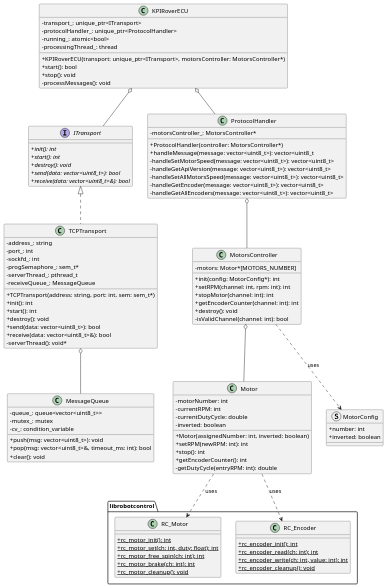
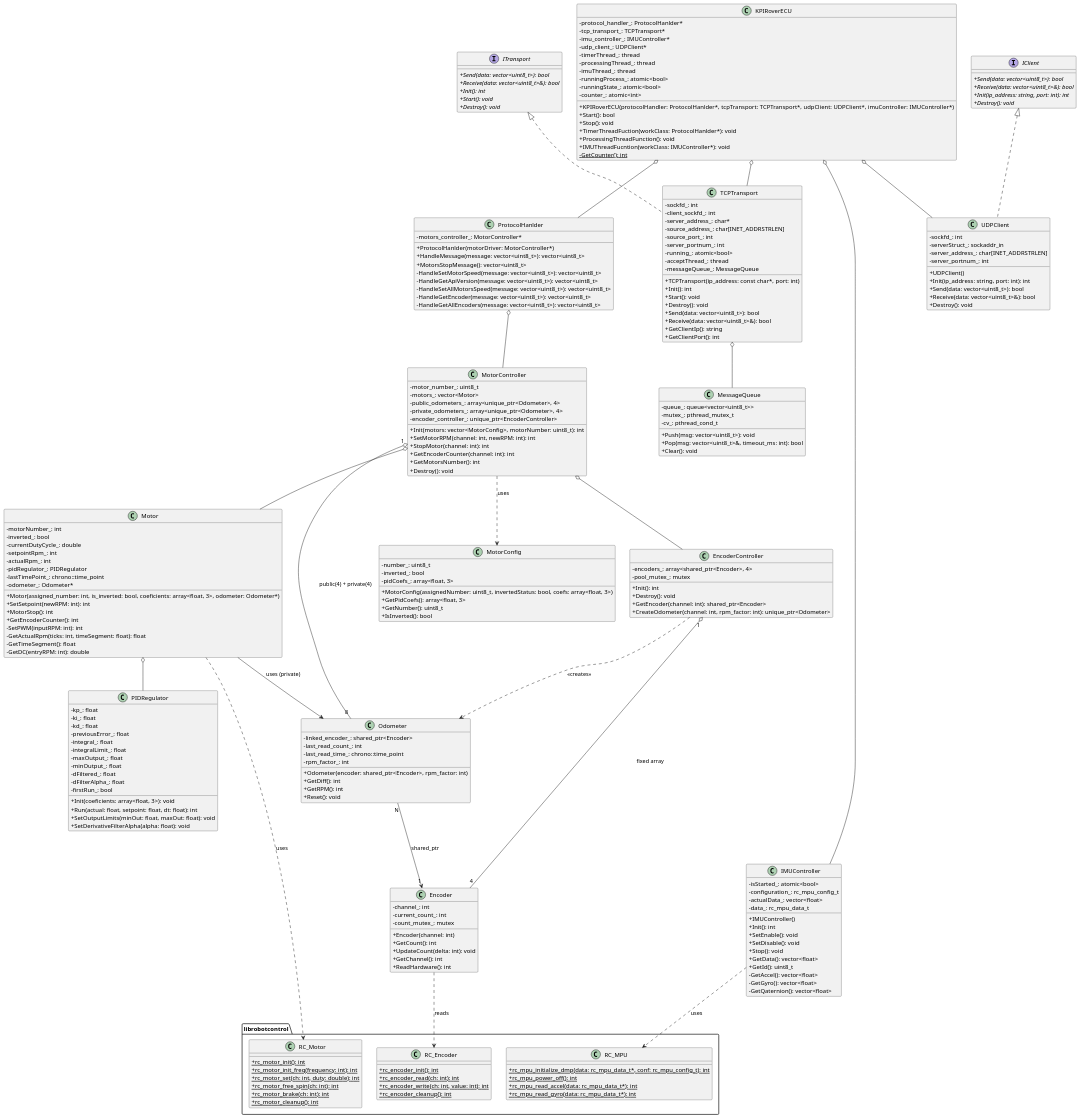
One commit to KPI-Rover/ecu_sw_bb changed the diagram in docs/classDiagram.puml. Above: the diagram before and after it, drawn with PlantUML. The commit also changed 27 other files, not shown here.

Commit message:
Issue #35: Refactor Motors Control and Encoders reading

```diff
--- a/docs/classDiagram.puml
+++ b/docs/classDiagram.puml
@@ -3,112 +3,246 @@
 skinparam classAttributeIconSize 0
 
 interface ITransport {
-  + {abstract} init(): int
-  + {abstract} start(): int
-  + {abstract} destroy(): void
-  + {abstract} send(data: vector<uint8_t>): bool
-  + {abstract} receive(data: vector<uint8_t>&): bool
+  + {abstract} Send(data: vector<uint8_t>): bool
+  + {abstract} Receive(data: vector<uint8_t>&): bool
+  + {abstract} Init(): int
+  + {abstract} Start(): void
+  + {abstract} Destroy(): void
+}
+
+interface IClient {
+  + {abstract} Send(data: vector<uint8_t>): bool
+  + {abstract} Receive(data: vector<uint8_t>&): bool
+  + {abstract} Init(ip_address: string, port: int): int
+  + {abstract} Destroy(): void
 }
 
 class TCPTransport {
-  - address_: string
-  - port_: int
   - sockfd_: int
-  - progSemaphore_: sem_t*
-  - serverThread_: pthread_t
-  - receiveQueue_: MessageQueue
-  + TCPTransport(address: string, port: int, sem: sem_t*)
-  + init(): int
-  + start(): int
-  + destroy(): void
-  + send(data: vector<uint8_t>): bool
-  + receive(data: vector<uint8_t>&): bool
-  - serverThread(): void*
+  - client_sockfd_: int
+  - server_address_: char*
+  - source_address_: char[INET_ADDRSTRLEN]
+  - source_port_: int
+  - server_portnum_: int
+  - running_: atomic<bool>
+  - acceptThread_: thread
+  - messageQueue_: MessageQueue
+  + TCPTransport(ip_address: const char*, port: int)
+  + Init(): int
+  + Start(): void
+  + Destroy(): void
+  + Send(data: vector<uint8_t>): bool
+  + Receive(data: vector<uint8_t>&): bool
+  + GetClientIp(): string
+  + GetClientPort(): int
+}
+
+class UDPClient {
+  - sockfd_: int
+  - serverStruct_: sockaddr_in
+  - server_address_: char[INET_ADDRSTRLEN]
+  - server_portnum_: int
+  + UDPClient()
+  + Init(ip_address: string, port: int): int
+  + Send(data: vector<uint8_t>): bool
+  + Receive(data: vector<uint8_t>&): bool
+  + Destroy(): void
 }
 
 class MessageQueue {
   - queue_: queue<vector<uint8_t>>
-  - mutex_: mutex
-  - cv_: condition_variable
-  + push(msg: vector<uint8_t>): void
-  + pop(msg: vector<uint8_t>&, timeout_ms: int): bool
-  + clear(): void
+  - mutex_: pthread_mutex_t
+  - cv_: pthread_cond_t
+  + Push(msg: vector<uint8_t>): void
+  + Pop(msg: vector<uint8_t>&, timeout_ms: int): bool
+  + Clear(): void
 }
 
 class KPIRoverECU {
-  - transport_: unique_ptr<ITransport>
-  - protocolHandler_: unique_ptr<ProtocolHandler>
-  - running_: atomic<bool>
+  - protocol_handler_: ProtocolHanlder*
+  - tcp_transport_: TCPTransport*
+  - imu_controller_: IMUController*
+  - udp_client_: UDPClient*
+  - timerThread_: thread
   - processingThread_: thread
-  + KPIRoverECU(transport: unique_ptr<ITransport>, motorsController: MotorsController*)
-  + start(): bool
-  + stop(): void
-  - processMessages(): void
+  - imuThread_: thread
+  - runningProcess_: atomic<bool>
+  - runningState_: atomic<bool>
+  - counter_: atomic<int>
+  + KPIRoverECU(protocolHandler: ProtocolHanlder*, tcpTransport: TCPTransport*, udpClient: UDPClient*, imuController: IMUController*)
+  + Start(): bool
+  + Stop(): void
+  + TimerThreadFuction(workClass: ProtocolHanlder*): void
+  + ProcessingThreadFunction(): void
+  + IMUThreadFucntion(workClass: IMUController*): void
+  - GetCounter(): int {static}
 }
 
-class ProtocolHandler {
-  - motorsController_: MotorsController*
-  + ProtocolHandler(controller: MotorsController*)
-  + handleMessage(message: vector<uint8_t>): vector<uint8_t
-  - handleSetMotorSpeed(message: vector<uint8_t>): vector<uint8_t>
-  - handleGetApiVersion(message: vector<uint8_t>): vector<uint8_t>
-  - handleSetAllMotorsSpeed(message: vector<uint8_t>): vector<uint8_t>
-  - handleGetEncoder(message: vector<uint8_t>): vector<uint8_t>
-  - handleGetAllEncoders(message: vector<uint8_t>): vector<uint8_t>
+class ProtocolHanlder {
+  - motors_controller_: MotorController*
+  + ProtocolHanlder(motorDriver: MotorController*)
+  + HandleMessage(message: vector<uint8_t>): vector<uint8_t>
+  + MotorsStopMessage(): vector<uint8_t>
+  - HandleSetMotorSpeed(message: vector<uint8_t>): vector<uint8_t>
+  - HandleGetApiVersion(message: vector<uint8_t>): vector<uint8_t>
+  - HandleSetAllMotorsSpeed(message: vector<uint8_t>): vector<uint8_t>
+  - HandleGetEncoder(message: vector<uint8_t>): vector<uint8_t>
+  - HandleGetAllEncoders(message: vector<uint8_t>): vector<uint8_t>
 }
 
-class MotorsController {
-  - motors: Motor*[MOTORS_NUMBER]
-  + init(config: MotorConfig*): int
-  + setRPM(channel: int, rpm: int): int
-  + stopMotor(channel: int): int
-  + getEncoderCounter(channel: int): int
-  + destroy(): void
-  - isValidChannel(channel: int): bool
+class MotorController {
+  - motor_number_: uint8_t
+  - motors_: vector<Motor>
+  - public_odometers_: array<unique_ptr<Odometer>, 4>
+  - private_odometers_: array<unique_ptr<Odometer>, 4>
+  - encoder_controller_: unique_ptr<EncoderController>
+  + Init(motors: vector<MotorConfig>, motorNumber: uint8_t): int
+  + SetMotorRPM(channel: int, newRPM: int): int
+  + StopMotor(channel: int): int
+  + GetEncoderCounter(channel: int): int
+  + GetMotorsNumber(): int
+  + Destroy(): void
 }
 
 class Motor {
-  - motorNumber: int
-  - currentRPM: int
-  - currentDutyCycle: double
-  - inverted: boolean
-  + Motor(assignedNumber: int, inverted: boolean)
-  + setRPM(newRPM: int): int
-  + stop(): int
-  + getEncoderCounter(): int
-  - getDutyCycle(entryRPM: int): double
+  - motorNumber_: int
+  - inverted_: bool
+  - currentDutyCycle_: double
+  - setpointRpm_: int
+  - actualRpm_: int
+  - pidRegulator_: PIDRegulator
+  - lastTimePoint_: chrono::time_point
+  - odometer_: Odometer*
+  + Motor(assigned_number: int, is_inverted: bool, coeficients: array<float, 3>, odometer: Odometer*)
+  + SetSetpoint(newRPM: int): int
+  + MotorStop(): int
+  + GetEncoderCounter(): int
+  - SetPWM(inputRPM: int): int
+  - GetActualRpm(ticks: int, timeSegment: float): float
+  - GetTimeSegment(): float
+  - GetDC(entryRPM: int): double
 }
 
-struct MotorConfig {
-  + number: int
-  + inverted: boolean
+class PIDRegulator {
+  - kp_: float
+  - ki_: float
+  - kd_: float
+  - previousError_: float
+  - integral_: float
+  - integralLimit_: float
+  - maxOutput_: float
+  - minOutput_: float
+  - dFiltered_: float
+  - dFilterAlpha_: float
+  - firstRun_: bool
+  + Init(coeficients: array<float, 3>): void
+  + Run(actual: float, setpoint: float, dt: float): int
+  + SetOutputLimits(minOut: float, maxOut: float): void
+  + SetDerivativeFilterAlpha(alpha: float): void
+}
+
+class MotorConfig {
+  - number_: uint8_t
+  - inverted_: bool
+  - pidCoefs_: array<float, 3>
+  + MotorConfig(assignedNumber: uint8_t, invertedStatus: bool, coefs: array<float, 3>)
+  + GetPidCoefs(): array<float, 3>
+  + GetNumber(): uint8_t
+  + IsInverted(): bool
+}
+
+class IMUController {
+  - isStarted_: atomic<bool>
+  - configuration_: rc_mpu_config_t
+  - actualData_: vector<float>
+  - data_: rc_mpu_data_t
+  + IMUController()
+  + Init(): int
+  + SetEnable(): void
+  + SetDisable(): void
+  + Stop(): void
+  + GetData(): vector<float>
+  + GetId(): uint8_t
+  - GetAccel(): vector<float>
+  - GetGyro(): vector<float>
+  - GetQaternion(): vector<float>
+}
+
+class EncoderController {
+  - encoders_: array<shared_ptr<Encoder>, 4>
+  - pool_mutex_: mutex
+  + Init(): int
+  + Destroy(): void
+  + GetEncoder(channel: int): shared_ptr<Encoder>
+  + CreateOdometer(channel: int, rpm_factor: int): unique_ptr<Odometer>
+}
+
+class Encoder {
+  - channel_: int
+  - current_count_: int
+  - count_mutex_: mutex
+  + Encoder(channel: int)
+  + GetCount(): int
+  + UpdateCount(delta: int): void
+  + GetChannel(): int
+  + ReadHardware(): int
+}
+
+class Odometer {
+  - linked_encoder_: shared_ptr<Encoder>
+  - last_read_count_: int
+  - last_read_time_: chrono::time_point
+  - rpm_factor_: int
+  + Odometer(encoder: shared_ptr<Encoder>, rpm_factor: int)
+  + GetDiff(): int
+  + GetRPM(): int
+  + Reset(): void
 }
 
 package "librobotcontrol" {
   class RC_Motor {
     + {static} rc_motor_init(): int
-    + {static} rc_motor_set(ch: int, duty: float): int
+    + {static} rc_motor_init_freq(frequency: int): int
+    + {static} rc_motor_set(ch: int, duty: double): int
     + {static} rc_motor_free_spin(ch: int): int
     + {static} rc_motor_brake(ch: int): int
-    + {static} rc_motor_cleanup(): void
+    + {static} rc_motor_cleanup(): int
   }
 
   class RC_Encoder {
     + {static} rc_encoder_init(): int
     + {static} rc_encoder_read(ch: int): int
     + {static} rc_encoder_write(ch: int, value: int): int
-    + {static} rc_encoder_cleanup(): void
+    + {static} rc_encoder_cleanup(): int
+  }
+  
+  class RC_MPU {
+    + {static} rc_mpu_initialize_dmp(data: rc_mpu_data_t*, conf: rc_mpu_config_t): int
+    + {static} rc_mpu_power_off(): int
+    + {static} rc_mpu_read_accel(data: rc_mpu_data_t*): int
+    + {static} rc_mpu_read_gyro(data: rc_mpu_data_t*): int
   }
 }
 
 ITransport <|.. TCPTransport
+IClient <|.. UDPClient
 TCPTransport o-- MessageQueue
-KPIRoverECU o-- ITransport
-KPIRoverECU o-- ProtocolHandler
-ProtocolHandler o-- MotorsController
-MotorsController o-- Motor
+KPIRoverECU o-- TCPTransport
+KPIRoverECU o-- UDPClient
+KPIRoverECU o-- ProtocolHanlder
+KPIRoverECU o-- IMUController
+ProtocolHanlder o-- MotorController
+MotorController o-- Motor
+MotorController o-- EncoderController
+MotorController "1" o-- "8" Odometer : public(4) + private(4)
+Motor o-- PIDRegulator
+Motor --> Odometer : uses (private)
 Motor ..> RC_Motor : uses
-Motor ..> RC_Encoder : uses
-MotorsController ..> MotorConfig : uses
+MotorController ..> MotorConfig : uses
+IMUController ..> RC_MPU : uses
+EncoderController "1" o-- "4" Encoder : fixed array
+EncoderController ..> Odometer : <<creates>>
+Odometer "N" --> "1" Encoder : shared_ptr
+Encoder ..> RC_Encoder : reads
 
 @enduml
```
